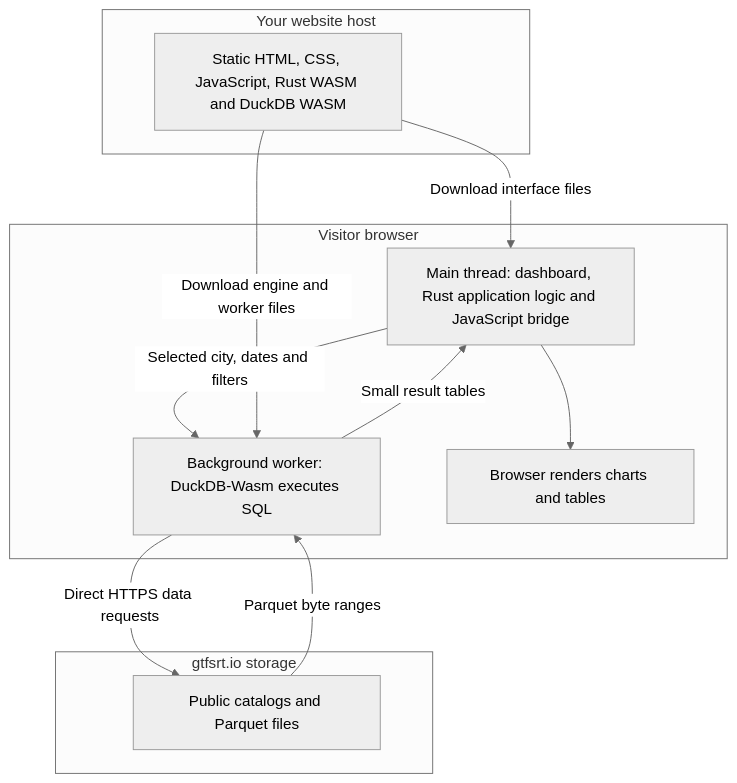
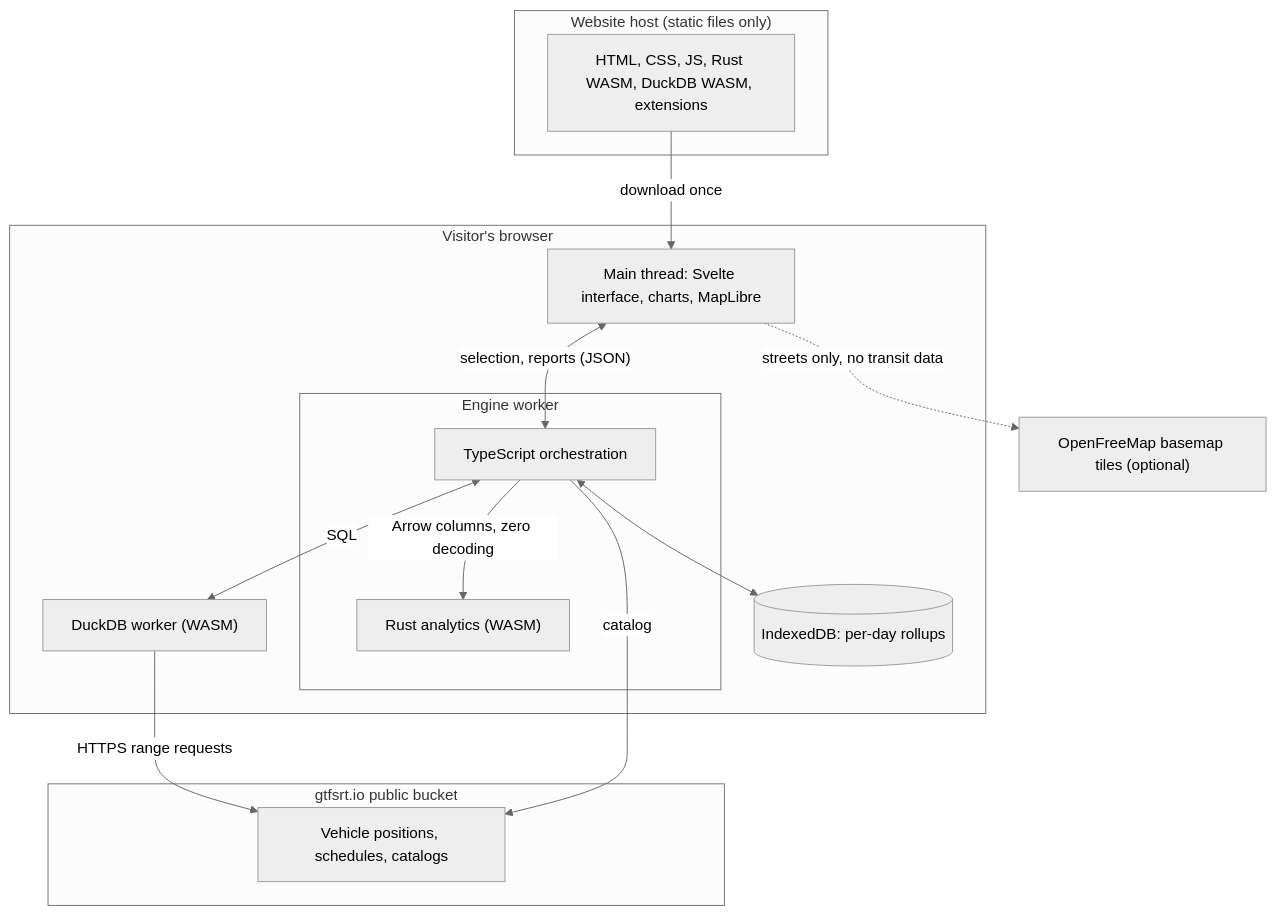
The first of 2 diagrams in docs/architecture.md (MisterClean/gtfsrt-dashboard), drawn with Mermaid (neutral theme) before and after one commit. The commit also changed other lines of this file and 22 other files, not shown here.

````diff
--- a/docs/architecture.md
+++ b/docs/architecture.md
@@ -29,21 +7,27 @@
 ```mermaid
 flowchart TB
-    subgraph Host[Your website host]
-        Files[Static HTML, CSS, JavaScript, Rust WASM and DuckDB WASM]
+    subgraph Host["Website host (static files only)"]
+        Files["HTML, CSS, JS, Rust WASM, DuckDB WASM, extensions"]
     end
-    subgraph Browser[Visitor browser]
-        UI[Main thread: dashboard, Rust application logic and JavaScript bridge]
-        DB[Background worker: DuckDB-Wasm executes SQL]
-        Charts[Browser renders charts and tables]
-        UI -->|Selected city, dates and filters| DB
-        DB -->|Small result tables| UI
-        UI --> Charts
+    subgraph Browser["Visitor's browser"]
+        UI["Main thread: Svelte interface, charts, MapLibre"]
+        subgraph Engine["Engine worker"]
+            Orchestrator["TypeScript orchestration"]
+            Rust["Rust analytics (WASM)"]
+        end
+        Duck["DuckDB worker (WASM)"]
+        Cache[("IndexedDB: per-day rollups")]
+        UI <-->|"selection, reports (JSON)"| Orchestrator
+        Orchestrator -->|"Arrow columns, zero decoding"| Rust
+        Orchestrator <-->|SQL| Duck
+        Orchestrator <--> Cache
     end
-    subgraph Archive[gtfsrt.io storage]
-        Data[Public catalogs and Parquet files]
+    subgraph Archive["gtfsrt.io public bucket"]
+        Parquet["Vehicle positions, schedules, catalogs"]
     end
-    Files -->|Download interface files| UI
-    Files -->|Download engine and worker files| DB
-    DB -->|Direct HTTPS data requests| Data
-    Data -->|Parquet byte ranges| DB
+    Tiles["OpenFreeMap basemap tiles (optional)"]
+    Files -->|"download once"| UI
+    Duck -->|"HTTPS range requests"| Parquet
+    Orchestrator -->|catalog| Parquet
+    UI -.->|"streets only, no transit data"| Tiles
 ```
````
